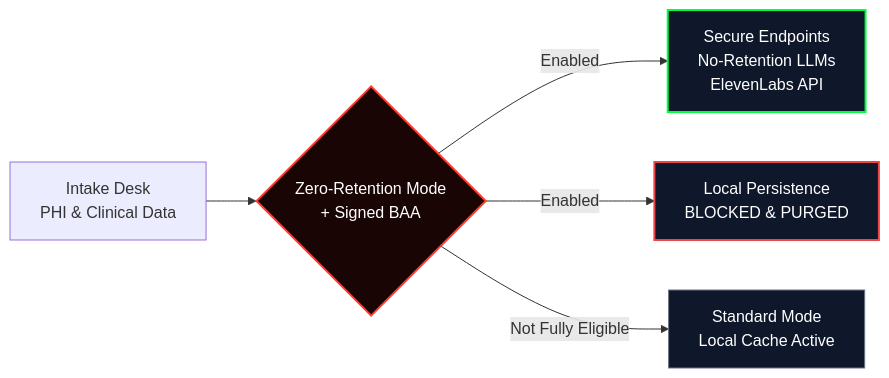
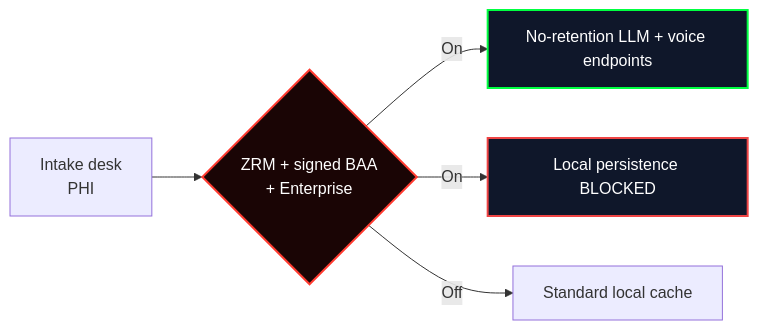
Before and after one commit to kaascanvas/LensDNA-Extension: the second of 2 diagrams in README.md, drawn with Mermaid. The commit also changed other lines of this file and 8 other files, not shown here.

````diff
--- a/README.md
+++ b/README.md
@@ -61,14 +107,12 @@
 ```mermaid
 flowchart LR
-    A[Intake Desk<br/>PHI & Clinical Data] --> B{Zero-Retention Mode<br/>+ Signed BAA}
+    A[Intake desk<br/>PHI] --> B{ZRM + signed BAA<br/>+ Enterprise}
 
-    B -->|Enabled| C[Secure Endpoints<br/>No-Retention LLMs<br/>ElevenLabs API]
-    B -->|Enabled| D[Local Persistence<br/>BLOCKED & PURGED]
-
-    B -->|Not Fully Eligible| E[Standard Mode<br/>Local Cache Active]
+    B -->|On| C[No-retention LLM + voice endpoints]
+    B -->|On| D[Local persistence BLOCKED]
+    B -->|Off| E[Standard local cache]
 
     style B fill:#1a0505,stroke:#ff3b30,stroke-width:2px,color:#fff
     style C fill:#0f172a,stroke:#00ff41,stroke-width:2px,color:#fff
     style D fill:#0f172a,stroke:#ef4444,stroke-width:2px,color:#fff
-    style E fill:#0f172a,stroke:#6b7280,stroke-width:1px,color:#fff
 ```
````
